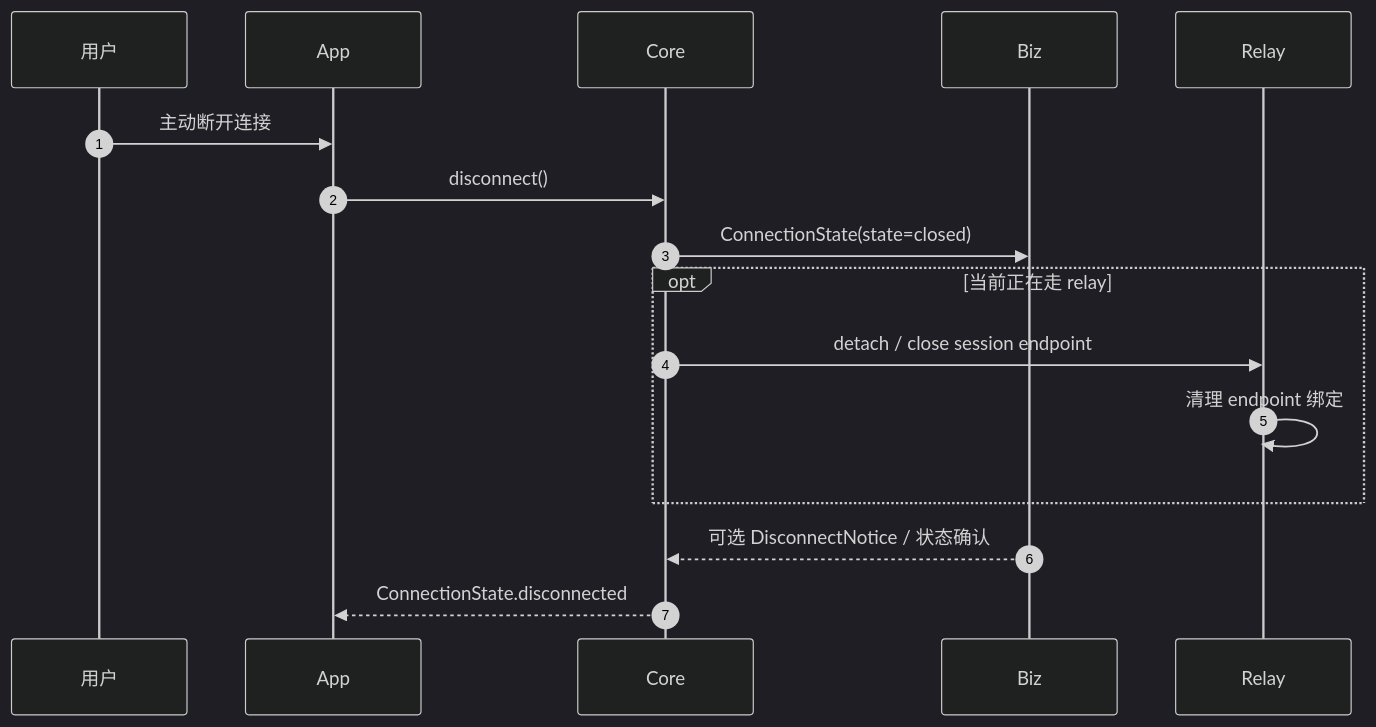
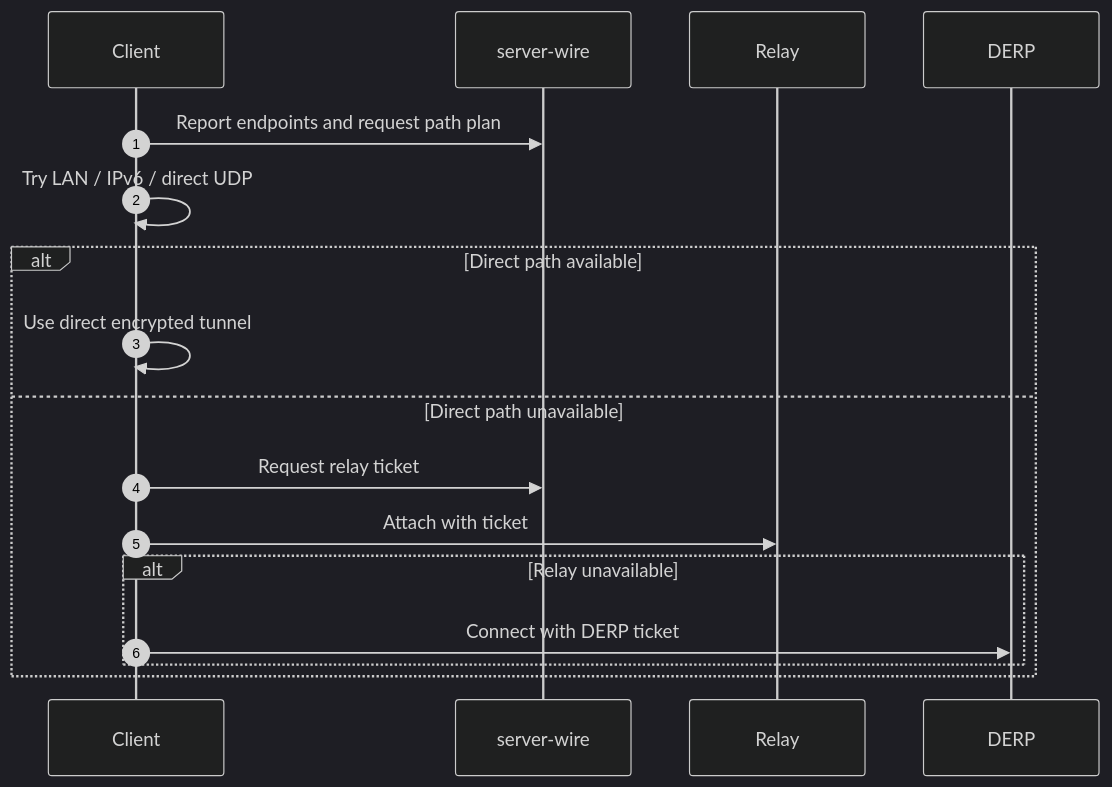
The fourth of 4 diagrams in docs/architecture/sequence-diagrams.md (thorli9527/slan), drawn with Mermaid (dark theme) before and after one commit. The commit also changed other lines of this file and 1032 other files, not shown here.

````diff
--- a/docs/architecture/sequence-diagrams.md
+++ b/docs/architecture/sequence-diagrams.md
@@ -332,19 +57,20 @@
 ```mermaid
 sequenceDiagram
     autonumber
-    participant User as 用户
-    participant App as App
-    participant Core as Core
-    participant Biz as Biz
-    participant Relay as Relay
+    participant Client
+    participant Wire as server-wire
+    participant Relay
+    participant DERP
 
-    User->>App: 主动断开连接
-    App->>Core: disconnect()
-    Core->>Biz: ConnectionState(state=closed)
-    opt 当前正在走 relay
-        Core->>Relay: detach / close session endpoint
-        Relay->>Relay: 清理 endpoint 绑定
+    Client->>Wire: Report endpoints and request path plan
+    Client->>Client: Try LAN / IPv6 / direct UDP
+    alt Direct path available
+        Client->>Client: Use direct encrypted tunnel
+    else Direct path unavailable
+        Client->>Wire: Request relay ticket
+        Client->>Relay: Attach with ticket
+        alt Relay unavailable
+            Client->>DERP: Connect with DERP ticket
+        end
     end
-    Biz-->>Core: 可选 DisconnectNotice / 状态确认
-    Core-->>App: ConnectionState.disconnected
 ```
````
